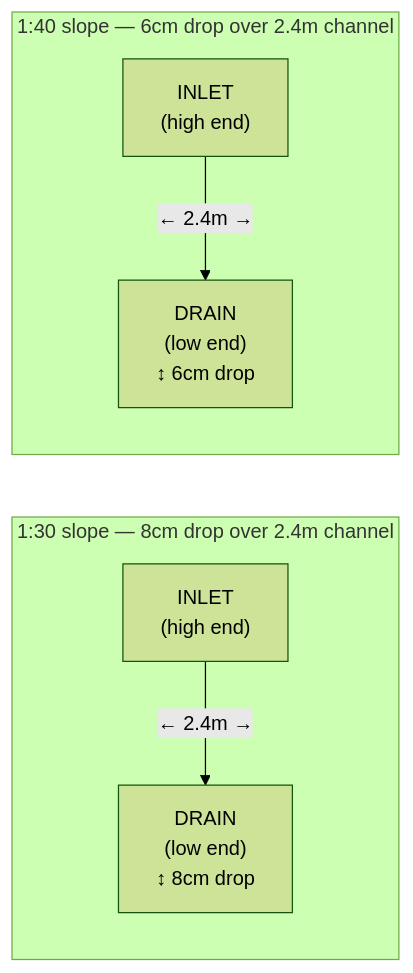
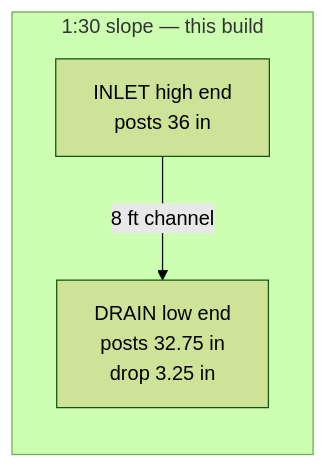
One commit to UncleJS/guide_hydroponics changed the third of 4 diagrams in guide/nft/01-nft-basics.md. Above: the diagram before and after it, drawn with Mermaid (forest theme). The commit also changed other lines of this file and 35 other files, not shown here.

````diff
--- a/guide/nft/01-nft-basics.md
+++ b/guide/nft/01-nft-basics.md
@@ -144,9 +144,6 @@
 ```mermaid
 flowchart LR
-    subgraph s1["1:30 slope — 8cm drop over 2.4m channel"]
-        IN1["INLET<br/>(high end)"] -->|"← 2.4m →"| OUT1["DRAIN<br/>(low end)<br/>↕ 8cm drop"]
-    end
-    subgraph s2["1:40 slope — 6cm drop over 2.4m channel"]
-        IN2["INLET<br/>(high end)"] -->|"← 2.4m →"| OUT2["DRAIN<br/>(low end)<br/>↕ 6cm drop"]
+    subgraph s1["1:30 slope — this build"]
+        IN1["INLET high end<br/>posts 36 in"] -->|"8 ft channel"| OUT1["DRAIN low end<br/>posts 32.75 in<br/>drop 3.25 in"]
     end
 ```
````
